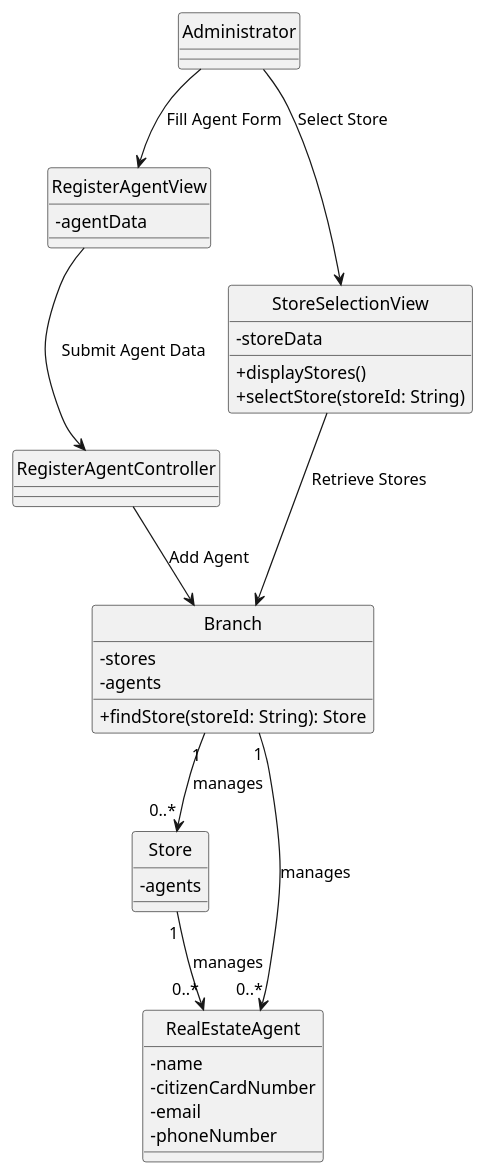
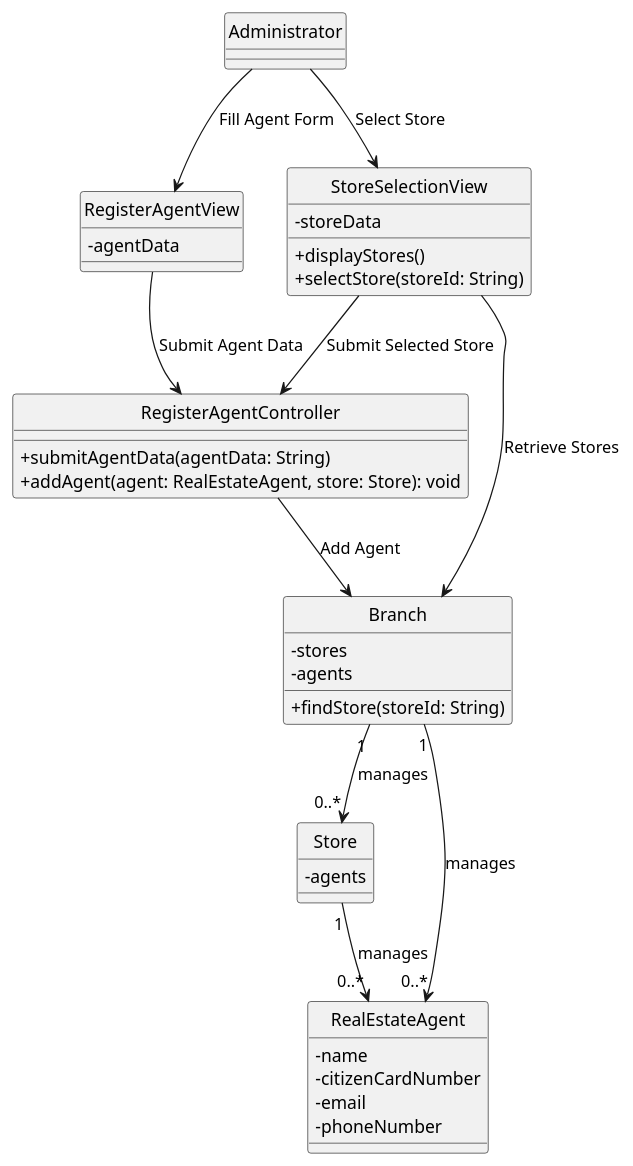
One commit to goncalomaia18/leti-esoft-24-25-A2 changed the diagram in docs/Sprint2/US11/US11-MD.puml. Above: the diagram before and after it, drawn with PlantUML.

```diff
--- a/docs/Sprint2/US11/US11-MD.puml
+++ b/docs/Sprint2/US11/US11-MD.puml
@@ -1,45 +1,48 @@
 @startuml
 'https://plantuml.com/class-diagram
 hide circle
 skinparam classAttributeIconSize 0
 
 class RegisterAgentController {
++submitAgentData(agentData: String)
+ +addAgent(agent: RealEstateAgent, store: Store): void
 }
 
 class RegisterAgentView {
     - agentData
 }
 
 class StoreSelectionView {
     - storeData
     + displayStores()
     + selectStore(storeId: String)
 }
 
 class Branch {
     - stores
     - agents
-    + findStore(storeId: String): Store
+    + findStore(storeId: String)
 }
 
 class Store {
     - agents
 }
 
 class RealEstateAgent {
     - name
     - citizenCardNumber
     - email
     - phoneNumber
 }
 
 ' Relationships
 Administrator --> RegisterAgentView : "Fill Agent Form"
 RegisterAgentView --> RegisterAgentController : "Submit Agent Data"
 RegisterAgentController --> Branch : "Add Agent"
 Administrator --> StoreSelectionView : "Select Store"
 StoreSelectionView --> Branch : "Retrieve Stores"
+StoreSelectionView --> RegisterAgentController : "Submit Selected Store"
 Branch "1" --> "0..*" Store : manages
 Branch "1" --> "0..*" RealEstateAgent : manages
 Store "1" --> "0..*" RealEstateAgent : manages
 @enduml
```
